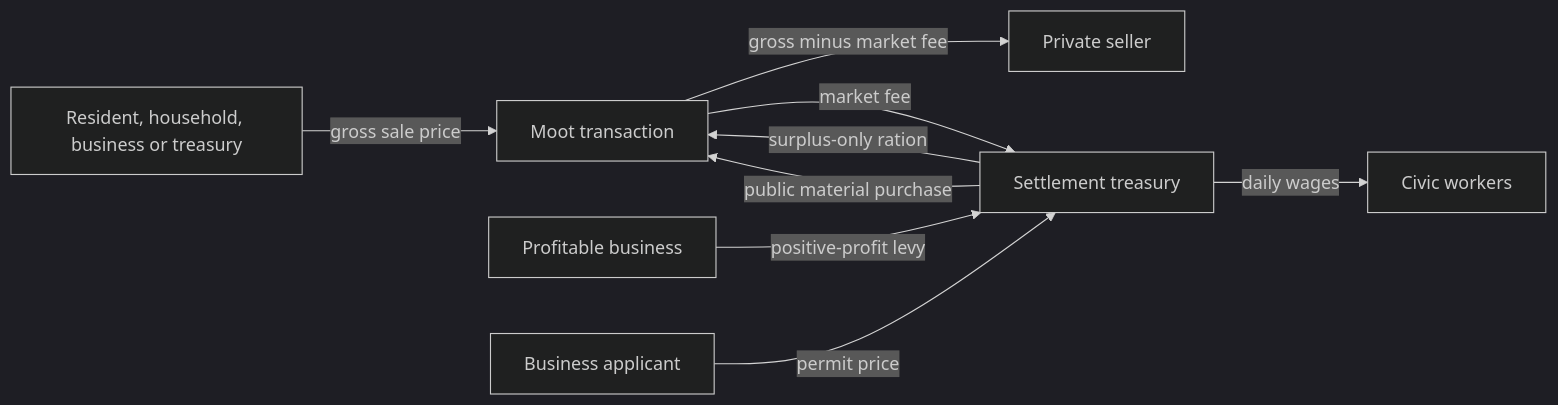
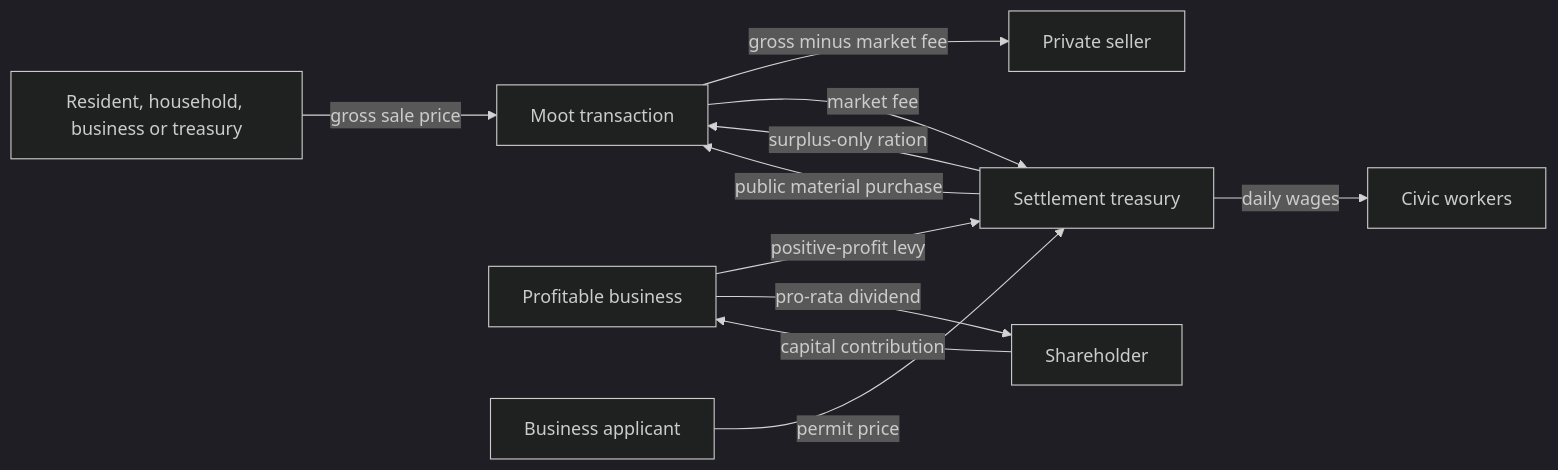
The diagram in docs/CIVIC-ECONOMY.md (doctorsolana/fistworld), drawn with Mermaid (dark theme) before and after one commit. The commit also changed other lines of this file and 54 other files, not shown here.

````diff
--- a/docs/CIVIC-ECONOMY.md
+++ b/docs/CIVIC-ECONOMY.md
@@ -76,11 +88,13 @@
 ```mermaid
 flowchart LR
     Buyer["Resident, household, business or treasury"] -->|"gross sale price"| Moot["Moot transaction"]
     Moot -->|"gross minus market fee"| Seller["Private seller"]
     Moot -->|"market fee"| Treasury["Settlement treasury"]
     Business["Profitable business"] -->|"positive-profit levy"| Treasury
     Applicant["Business applicant"] -->|"permit price"| Treasury
+    Shareholder["Shareholder"] -->|"capital contribution"| Business
+    Business -->|"pro-rata dividend"| Shareholder
     Treasury -->|"daily wages"| CivicWorker["Civic workers"]
     Treasury -->|"surplus-only ration"| Moot
     Treasury -->|"public material purchase"| Moot
 ```
````
